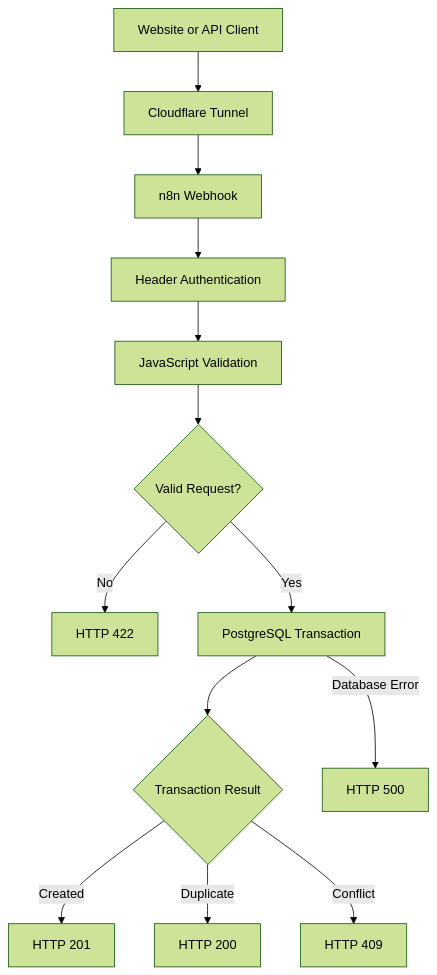
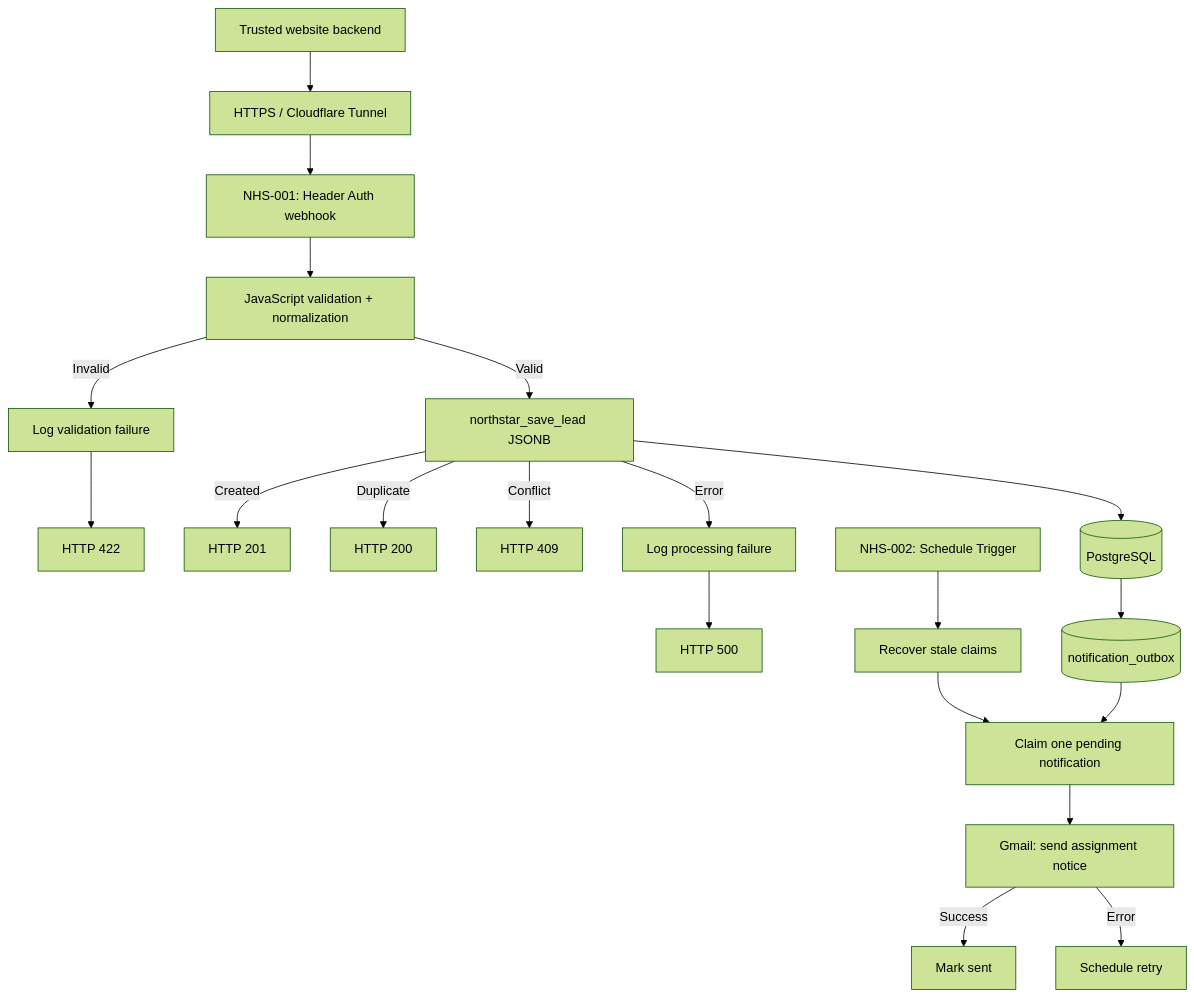
The diagram in docs/03-architecture.md (danisinko53/northstar-lead-intake-automation), drawn with Mermaid (forest theme) before and after one commit. The commit also changed other lines of this file and 19 other files, not shown here.

````diff
--- a/docs/03-architecture.md
+++ b/docs/03-architecture.md
@@ -23,15 +7,22 @@
 ```mermaid
 flowchart TD
-    A[Website or API Client] --> B[Cloudflare Tunnel]
-    B --> C[n8n Webhook]
-    C --> D[Header Authentication]
-    D --> E[JavaScript Validation]
-    E --> F{Valid Request?}
-    F -->|No| G[HTTP 422]
-    F -->|Yes| H[PostgreSQL Transaction]
-    H --> I{Transaction Result}
-    I -->|Created| J[HTTP 201]
-    I -->|Duplicate| K[HTTP 200]
-    I -->|Conflict| L[HTTP 409]
-    H -->|Database Error| M[HTTP 500]
+  Client[Trusted website backend] --> Tunnel[HTTPS / Cloudflare Tunnel]
+  Tunnel --> Webhook[NHS-001: Header Auth webhook]
+  Webhook --> Validation[JavaScript validation + normalization]
+  Validation -->|Invalid| AuditFail[Log validation failure]
+  AuditFail --> E422[HTTP 422]
+  Validation -->|Valid| Save[northstar_save_lead JSONB]
+  Save -->|Created| E201[HTTP 201]
+  Save -->|Duplicate| E200[HTTP 200]
+  Save -->|Conflict| E409[HTTP 409]
+  Save -->|Error| ProcessFail[Log processing failure]
+  ProcessFail --> E500[HTTP 500]
+  Save --> Database[(PostgreSQL)]
+  Database --> Outbox[(notification_outbox)]
+  Schedule[NHS-002: Schedule Trigger] --> Recover[Recover stale claims]
+  Recover --> Claim[Claim one pending notification]
+  Claim --> Gmail[Gmail: send assignment notice]
+  Gmail -->|Success| Sent[Mark sent]
+  Gmail -->|Error| Retry[Schedule retry]
+  Outbox --> Claim
 ```
````
